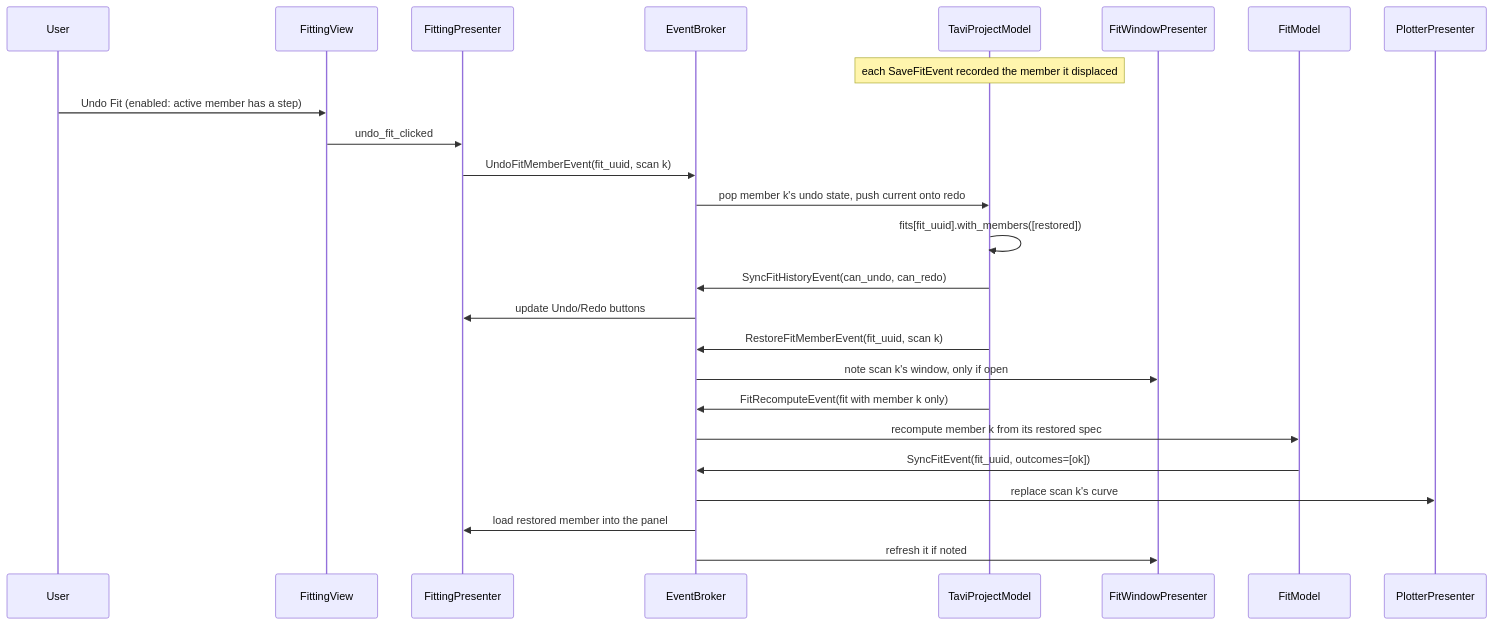
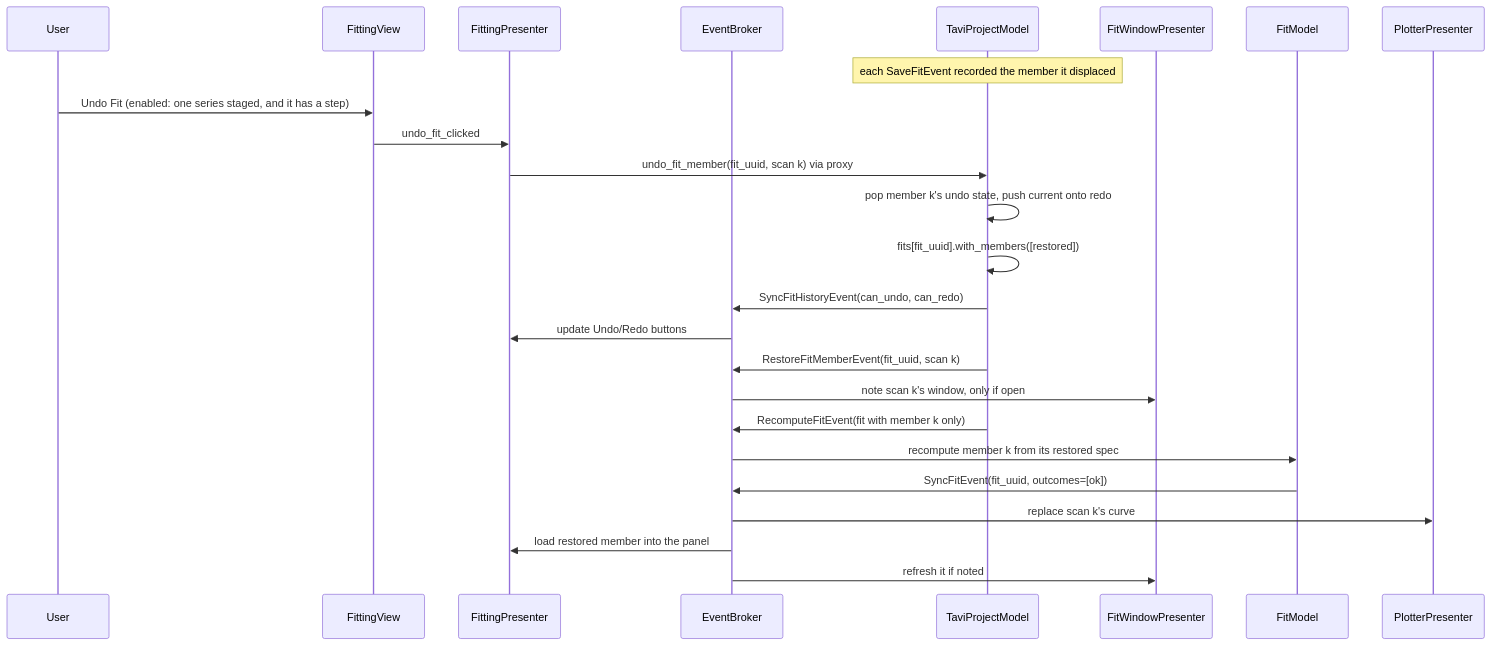
One commit to neutrons/TAVI changed the sixth of 7 diagrams in docs/source/design/frontend/fit_data_model.rst. Above: the diagram before and after it, drawn with Mermaid. The commit also changed other lines of this file and 43 other files, not shown here.

```diff
--- a/docs/source/design/frontend/fit_data_model.rst
+++ b/docs/source/design/frontend/fit_data_model.rst
@@ -432,28 +488,28 @@
 .. mermaid::
 
     sequenceDiagram
         participant User
         participant FittingView
         participant FittingPresenter
         participant EventBroker
         participant TaviProjectModel
         participant FitWindowPresenter
         participant FitModel
         participant PlotterPresenter
 
         Note over TaviProjectModel: each SaveFitEvent recorded the member it displaced
-        User ->> FittingView: Undo Fit (enabled: active member has a step)
+        User ->> FittingView: Undo Fit (enabled: one series staged, and it has a step)
         FittingView ->> FittingPresenter: undo_fit_clicked
-        FittingPresenter ->> EventBroker: UndoFitMemberEvent(fit_uuid, scan k)
-        EventBroker ->> TaviProjectModel: pop member k's undo state, push current onto redo
+        FittingPresenter ->> TaviProjectModel: undo_fit_member(fit_uuid, scan k) via proxy
+        TaviProjectModel ->> TaviProjectModel: pop member k's undo state, push current onto redo
         TaviProjectModel ->> TaviProjectModel: fits[fit_uuid].with_members([restored])
         TaviProjectModel ->> EventBroker: SyncFitHistoryEvent(can_undo, can_redo)
         EventBroker ->> FittingPresenter: update Undo/Redo buttons
         TaviProjectModel ->> EventBroker: RestoreFitMemberEvent(fit_uuid, scan k)
         EventBroker ->> FitWindowPresenter: note scan k's window, only if open
-        TaviProjectModel ->> EventBroker: FitRecomputeEvent(fit with member k only)
+        TaviProjectModel ->> EventBroker: RecomputeFitEvent(fit with member k only)
         EventBroker ->> FitModel: recompute member k from its restored spec
         FitModel ->> EventBroker: SyncFitEvent(fit_uuid, outcomes=[ok])
         EventBroker ->> PlotterPresenter: replace scan k's curve
         EventBroker ->> FittingPresenter: load restored member into the panel
         EventBroker ->> FitWindowPresenter: refresh it if noted
```
